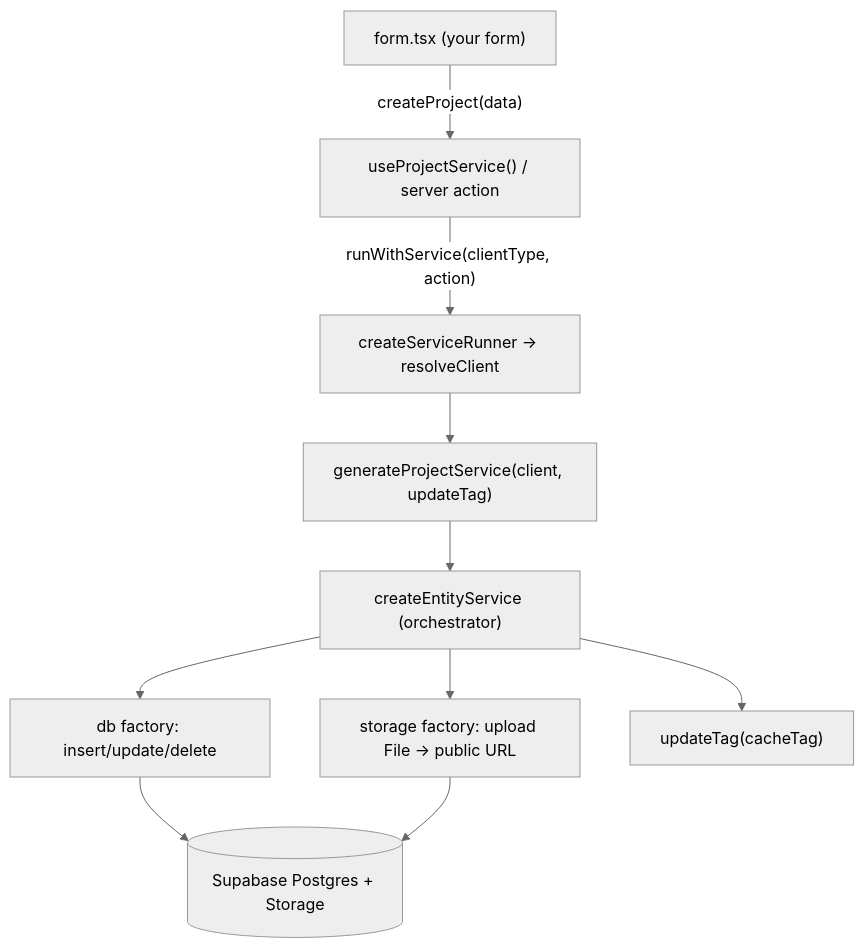
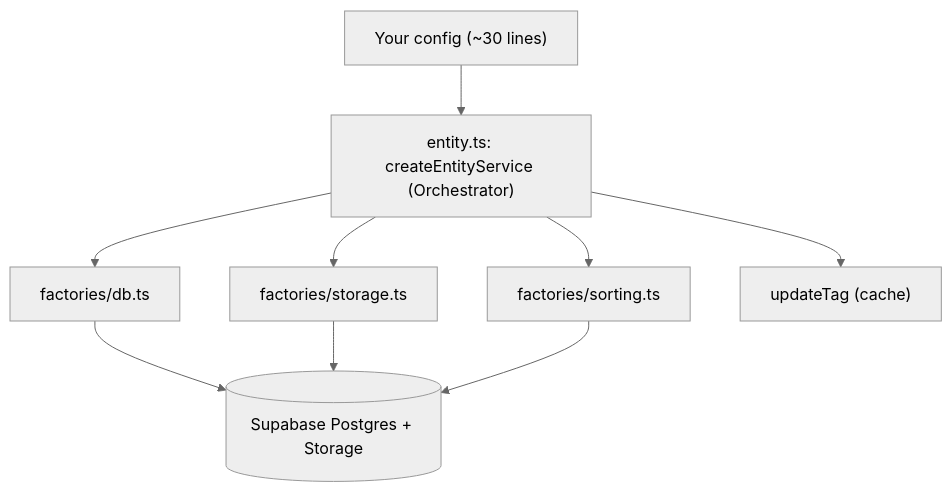
One commit to Omar-Ra7al/supabase-backend-orchestrator changed the diagram in README.md. Above: the diagram before and after it, drawn with Mermaid (neutral theme). The commit also changed other lines of this file, not shown here.

````diff
--- a/README.md
+++ b/README.md
@@ -109,12 +72,11 @@
 ```mermaid
 flowchart TD
-  Form["form.tsx (your form)"] -->|"createProject(data)"| Hook["useProjectService() / server action"]
-  Hook -->|"runWithService(clientType, action)"| Runner["createServiceRunner -> resolveClient"]
-  Runner --> Gen["generateProjectService(client, updateTag)"]
-  Gen --> Orch["createEntityService (orchestrator)"]
-  Orch --> Storage["storage factory: upload File -> public URL"]
-  Orch --> Db["db factory: insert/update/delete"]
-  Orch --> Cache["updateTag(cacheTag)"]
-  Db --> Supabase[("Supabase Postgres + Storage")]
-  Storage --> Supabase
+  Config["Your config (~30 lines)"] --> Orch["entity.ts: createEntityService (Orchestrator)"]
+  Orch --> Db["factories/db.ts"]
+  Orch --> Storage["factories/storage.ts"]
+  Orch --> Sort["factories/sorting.ts"]
+  Orch --> Cache["updateTag (cache)"]
+  Db --> Supa[("Supabase Postgres + Storage")]
+  Storage --> Supa
+  Sort --> Supa
 ```
````
